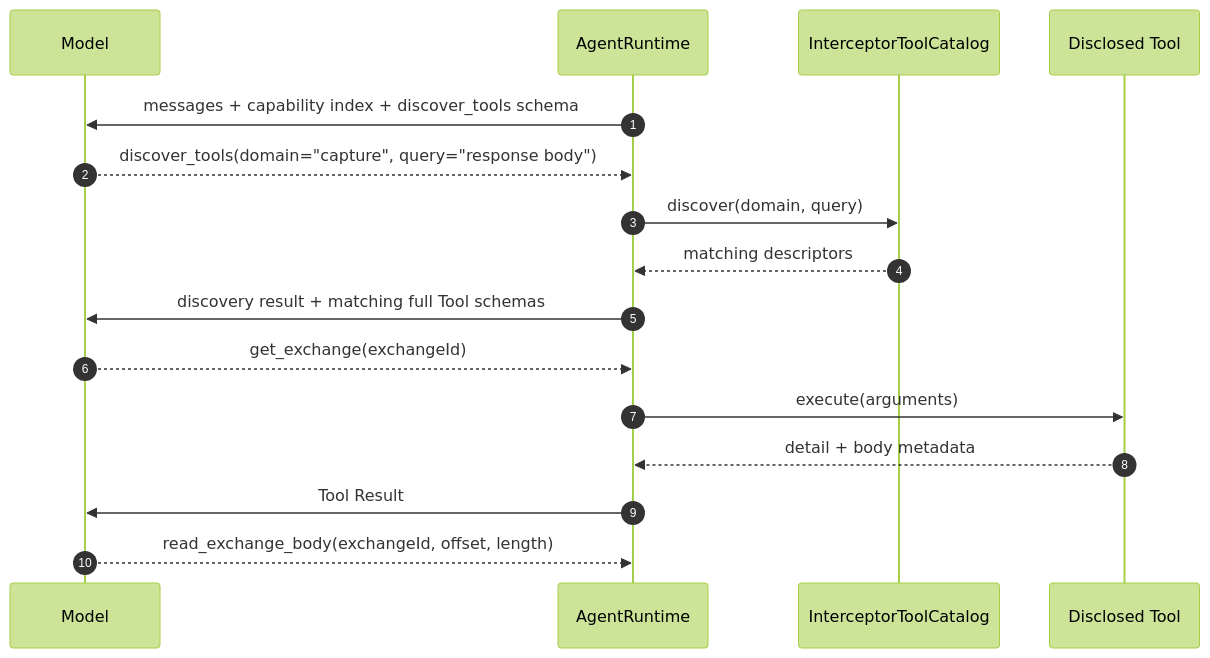
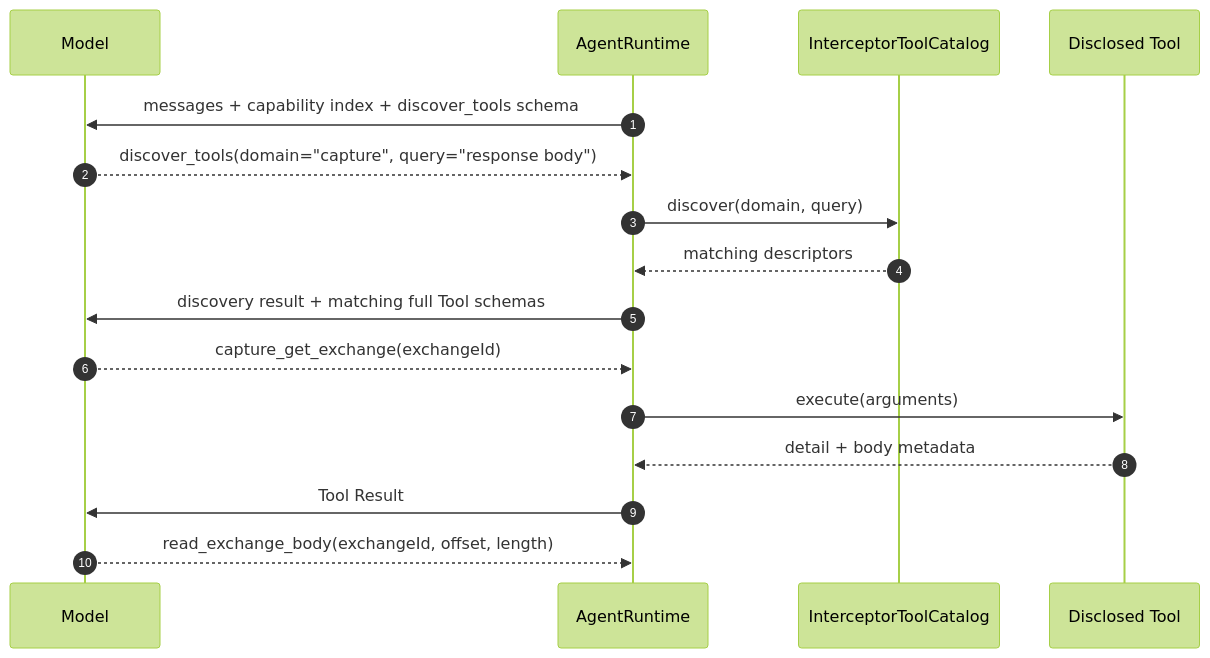
The fourth of 5 diagrams in architecture/features/agent.md (zhxmt-xm/Interceptor), drawn with Mermaid (forest theme) before and after one commit. The commit also changed other lines of this file and 73 other files, not shown here.

````diff
--- a/architecture/features/agent.md
+++ b/architecture/features/agent.md
@@ -758,19 +762,19 @@
 ```mermaid
 sequenceDiagram
   autonumber
   participant Model
   participant Runtime as AgentRuntime
   participant Catalog as InterceptorToolCatalog
   participant Tool as Disclosed Tool
 
   Runtime->>Model: messages + capability index + discover_tools schema
   Model-->>Runtime: discover_tools(domain="capture", query="response body")
   Runtime->>Catalog: discover(domain, query)
   Catalog-->>Runtime: matching descriptors
   Runtime->>Model: discovery result + matching full Tool schemas
-  Model-->>Runtime: get_exchange(exchangeId)
+  Model-->>Runtime: capture_get_exchange(exchangeId)
   Runtime->>Tool: execute(arguments)
   Tool-->>Runtime: detail + body metadata
   Runtime->>Model: Tool Result
   Model-->>Runtime: read_exchange_body(exchangeId, offset, length)
 ```
````
